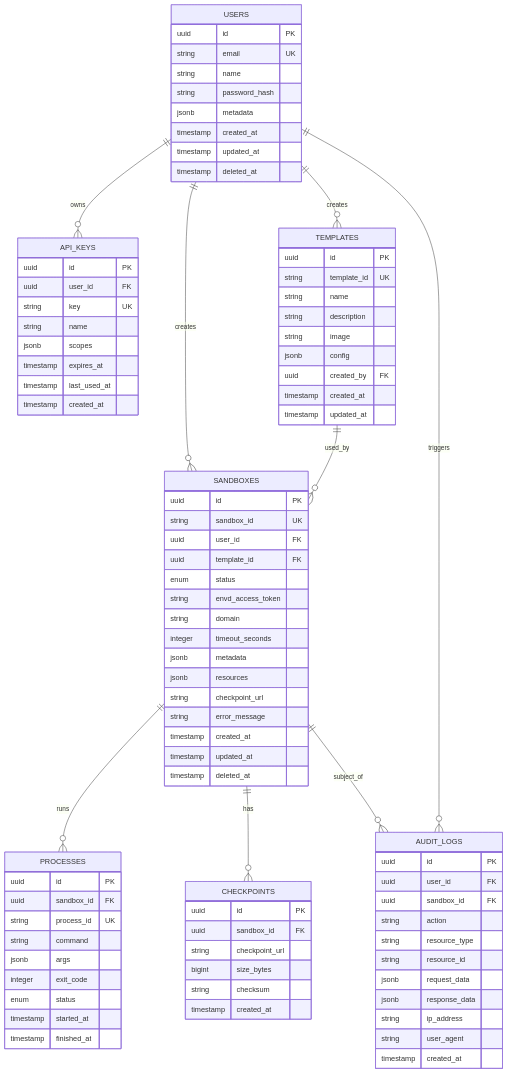
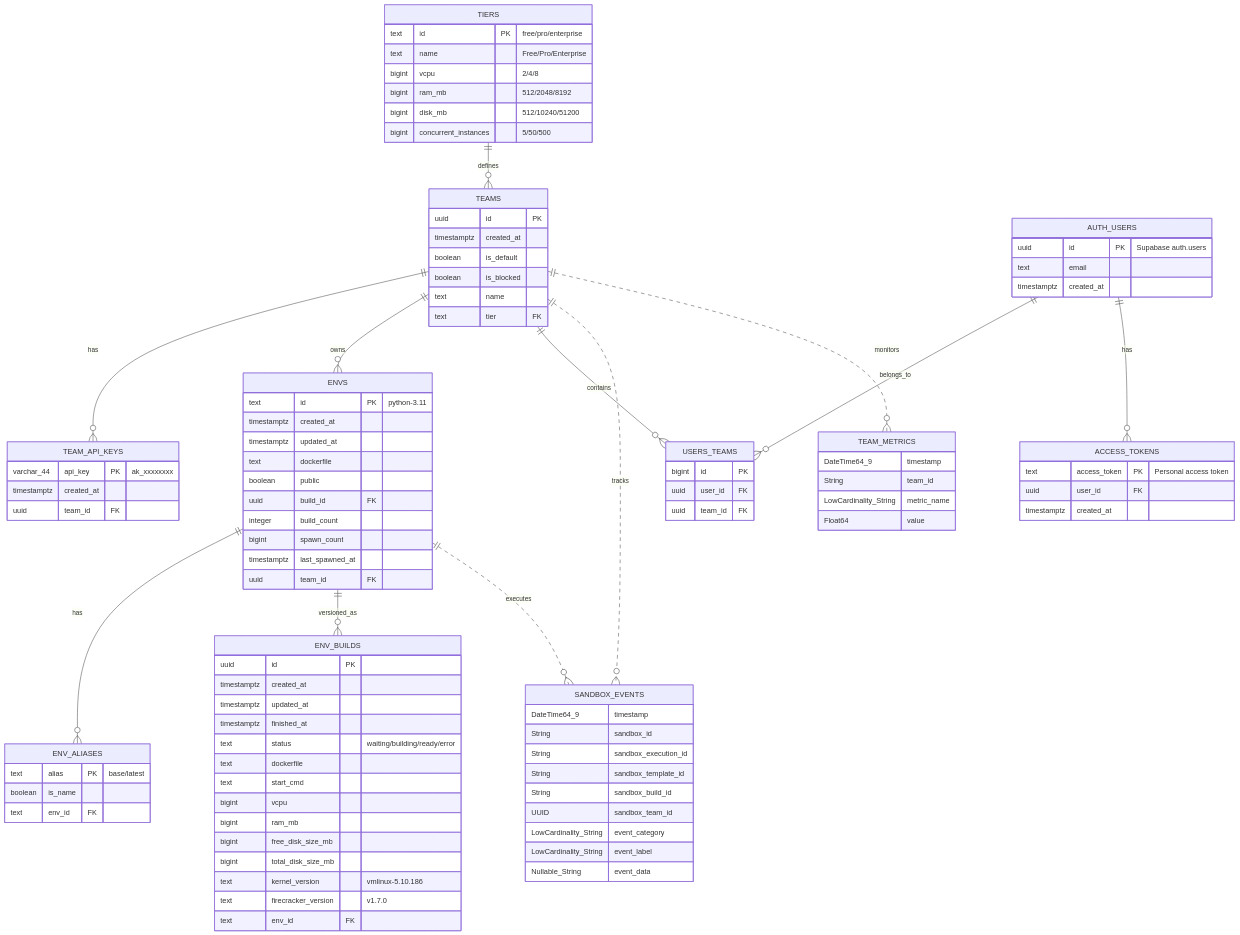
One commit to jackzhang1314/AdNegator changed the diagram in docs/design/L3.2-database-design.md. Above: the diagram before and after it, drawn with Mermaid. The commit also changed other lines of this file, not shown here.

First line of the commit message:
docs(L3.2): complete database design based on E2B official schema

````diff
--- a/docs/design/L3.2-database-design.md
+++ b/docs/design/L3.2-database-design.md
@@ -66,98 +92,116 @@
 ```mermaid
 erDiagram
-    USERS ||--o{ API_KEYS : "owns"
-    USERS ||--o{ SANDBOXES : "creates"
-    USERS ||--o{ TEMPLATES : "creates"
-    TEMPLATES ||--o{ SANDBOXES : "used_by"
-    SANDBOXES ||--o{ PROCESSES : "runs"
-    SANDBOXES ||--o{ CHECKPOINTS : "has"
-    USERS ||--o{ AUDIT_LOGS : "triggers"
-    SANDBOXES ||--o{ AUDIT_LOGS : "subject_of"
+    %% PostgreSQL OLTP Tables
+    TIERS ||--o{ TEAMS : "defines"
+    TEAMS ||--o{ TEAM_API_KEYS : "has"
+    TEAMS ||--o{ ENVS : "owns"
+    TEAMS ||--o{ USERS_TEAMS : "contains"
+    AUTH_USERS ||--o{ USERS_TEAMS : "belongs_to"
+    AUTH_USERS ||--o{ ACCESS_TOKENS : "has"
+    ENVS ||--o{ ENV_ALIASES : "has"
+    ENVS ||--o{ ENV_BUILDS : "versioned_as"
 
-    USERS {
-        uuid id PK
-        string email UK
-        string name
-        string password_hash
-        jsonb metadata
-        timestamp created_at
-        timestamp updated_at
-        timestamp deleted_at
+    %% ClickHouse OLAP Tables (虚线表示弱关联)
+    TEAMS ||..o{ SANDBOX_EVENTS : "tracks"
+    TEAMS ||..o{ TEAM_METRICS : "monitors"
+    ENVS ||..o{ SANDBOX_EVENTS : "executes"
+
+    %% PostgreSQL Tables
+    TIERS {
+        text id PK "free/pro/enterprise"
+        text name "Free/Pro/Enterprise"
+        bigint vcpu "2/4/8"
+        bigint ram_mb "512/2048/8192"
+        bigint disk_mb "512/10240/51200"
+        bigint concurrent_instances "5/50/500"
     }
 
-    API_KEYS {
+    TEAMS {
         uuid id PK
-        uuid user_id FK
-        string key UK
-        string name
-        jsonb scopes
-        timestamp expires_at
-        timestamp last_used_at
-        timestamp created_at
+        timestamptz created_at
+        boolean is_default
+        boolean is_blocked
+        text name
+        text tier FK
     }
 
-    TEMPLATES {
-        uuid id PK
-        string template_id UK
-        string name
-        string description
-        string image
-        jsonb config
-        uuid created_by FK
-        timestamp created_at
-        timestamp updated_at
+    TEAM_API_KEYS {
+        varchar_44 api_key PK "ak_xxxxxxxx"
+        timestamptz created_at
+        uuid team_id FK
     }
 
-    SANDBOXES {
-        uuid id PK
-        string sandbox_id UK
-        uuid user_id FK
-        uuid template_id FK
-        enum status
-        string envd_access_token
-        string domain
-        integer timeout_seconds
-        jsonb metadata
-        jsonb resources
-        string checkpoint_url
-        string error_message
-        timestamp created_at
-        timestamp updated_at
-        timestamp deleted_at
+    AUTH_USERS {
+        uuid id PK "Supabase auth.users"
+        text email
+        timestamptz created_at
     }
 
-    PROCESSES {
-        uuid id PK
-        uuid sandbox_id FK
-        string process_id UK
-        string command
-        jsonb args
-        integer exit_code
-        enum status
-        timestamp started_at
-        timestamp finished_at
+    USERS_TEAMS {
+        bigint id PK
+        uuid user_id FK
+        uuid team_id FK
     }
 
-    CHECKPOINTS {
-        uuid id PK
-        uuid sandbox_id FK
-        string checkpoint_url
-        bigint size_bytes
-        string checksum
-        timestamp created_at
+    ACCESS_TOKENS {
+        text access_token PK "Personal access token"
+        uuid user_id FK
+        timestamptz created_at
     }
 
-    AUDIT_LOGS {
+    ENVS {
+        text id PK "python-3.11"
+        timestamptz created_at
+        timestamptz updated_at
+        text dockerfile
+        boolean public
+        uuid build_id FK
+        integer build_count
+        bigint spawn_count
+        timestamptz last_spawned_at
+        uuid team_id FK
+    }
+
+    ENV_ALIASES {
+        text alias PK "base/latest"
+        boolean is_name
+        text env_id FK
+    }
+
+    ENV_BUILDS {
         uuid id PK
-        uuid user_id FK
-        uuid sandbox_id FK
-        string action
-        string resource_type
-        string resource_id
-        jsonb request_data
-        jsonb response_data
-        string ip_address
-        string user_agent
-        timestamp created_at
+        timestamptz created_at
+        timestamptz updated_at
+        timestamptz finished_at
+        text status "waiting/building/ready/error"
+        text dockerfile
+        text start_cmd
+        bigint vcpu
+        bigint ram_mb
+        bigint free_disk_size_mb
+        bigint total_disk_size_mb
+        text kernel_version "vmlinux-5.10.186"
+        text firecracker_version "v1.7.0"
+        text env_id FK
+    }
+
+    %% ClickHouse Tables
+    SANDBOX_EVENTS {
+        DateTime64_9 timestamp
+        String sandbox_id
+        String sandbox_execution_id
+        String sandbox_template_id
+        String sandbox_build_id
+        UUID sandbox_team_id
+        LowCardinality_String event_category
+        LowCardinality_String event_label
+        Nullable_String event_data
+    }
+
+    TEAM_METRICS {
+        DateTime64_9 timestamp
+        String team_id
+        LowCardinality_String metric_name
+        Float64 value
     }
 ```
````
